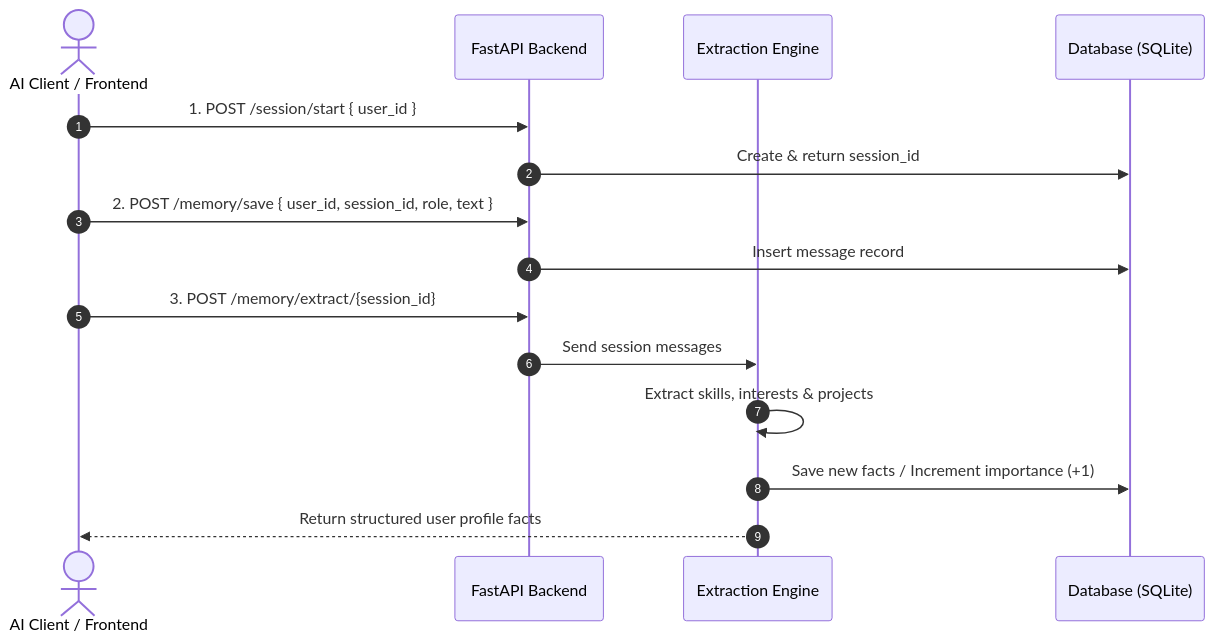
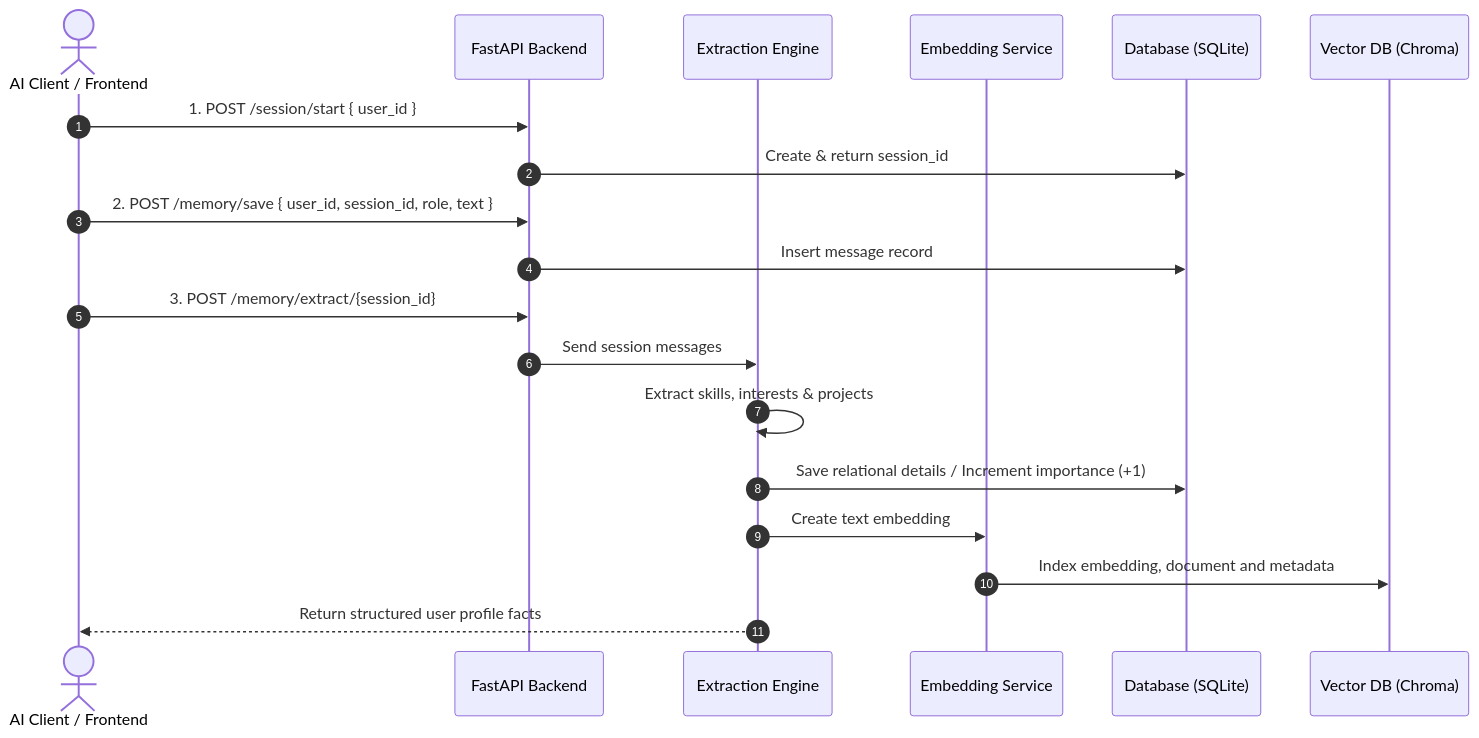
The second of 3 diagrams in README.md (mogesh-developer/RaavOne-Memory), drawn with Mermaid before and after one commit. The commit also changed other lines of this file, not shown here.

Commit message:
docs: Update README.md to v2.0 describing ChromaDB and Semantic Retrieval Engine

````diff
--- a/README.md
+++ b/README.md
@@ -80,20 +87,24 @@
 ```mermaid
 sequenceDiagram
     autonumber
     actor Client as AI Client / Frontend
     participant API as FastAPI Backend
     participant Engine as Extraction Engine
+    participant Embed as Embedding Service
     participant DB as Database (SQLite)
+    participant Chroma as Vector DB (Chroma)
 
     Client->>API: 1. POST /session/start { user_id }
     API->>DB: Create & return session_id
     
     Client->>API: 2. POST /memory/save { user_id, session_id, role, text }
     API->>DB: Insert message record
     
     Client->>API: 3. POST /memory/extract/{session_id}
     API->>Engine: Send session messages
     Engine->>Engine: Extract skills, interests & projects
-    Engine->>DB: Save new facts / Increment importance (+1)
+    Engine->>DB: Save relational details / Increment importance (+1)
+    Engine->>Embed: Create text embedding
+    Embed->>Chroma: Index embedding, document and metadata
     Engine-->>Client: Return structured user profile facts
 ```
````
